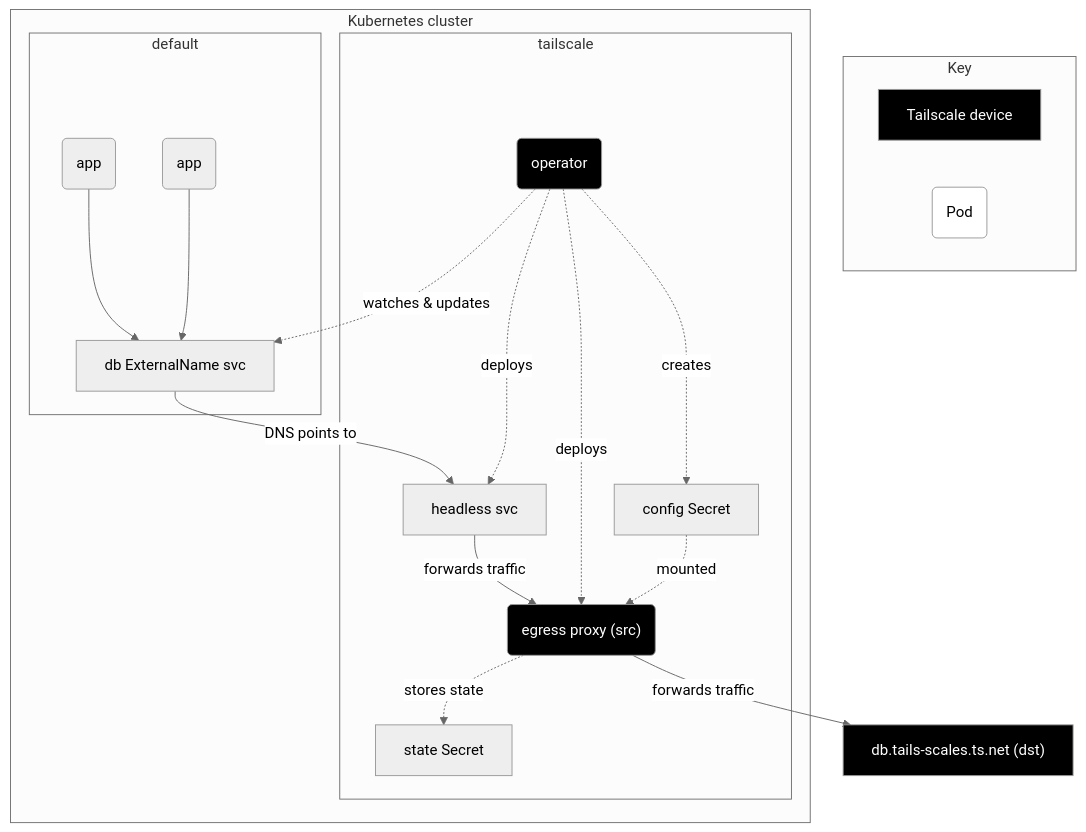
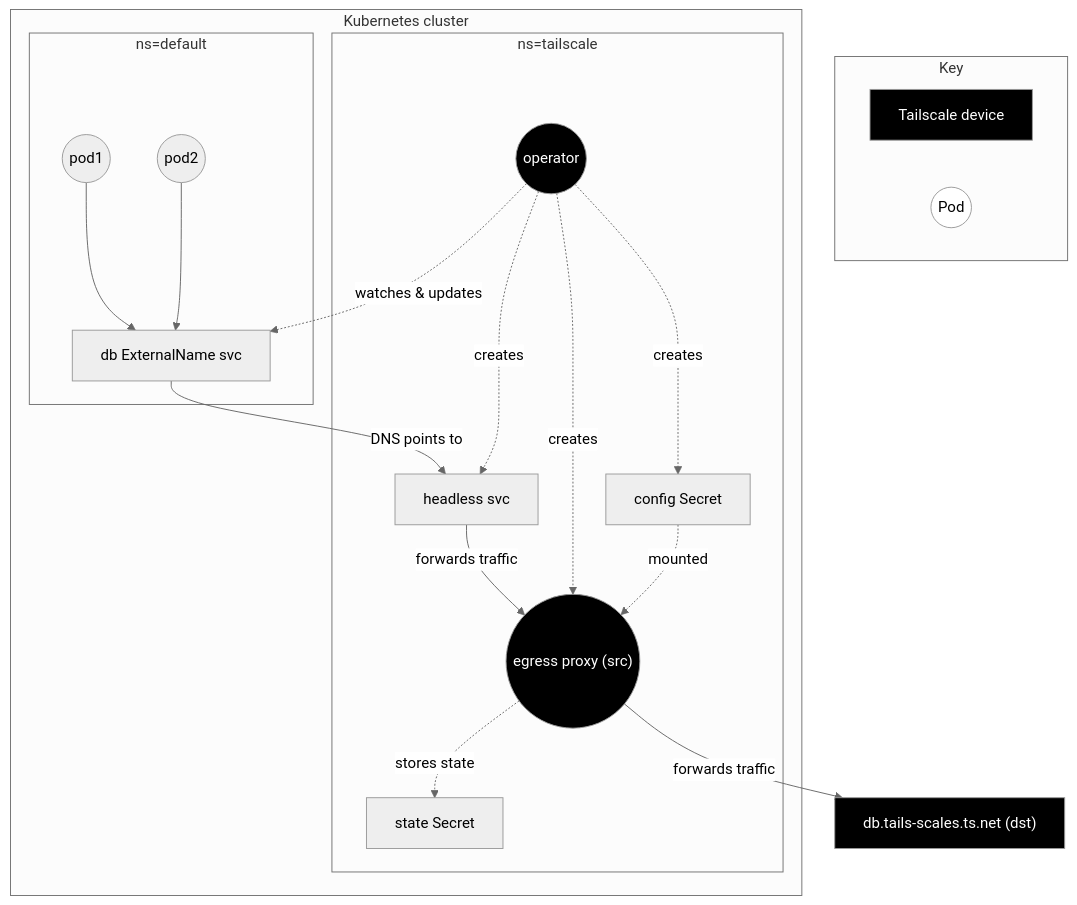
The third of 5 diagrams in docs/k8s/operator-architecture.md (tailscale/tailscale), drawn with Mermaid before and after one commit. The commit also changed other lines of this file, not shown here.

````diff
--- a/docs/k8s/operator-architecture.md
+++ b/docs/k8s/operator-architecture.md
@@ -110,39 +113,39 @@
 ```mermaid
 %%{ init: { 'theme':'neutral' } }%%
 
 flowchart TD
     classDef tsnode color:#fff,fill:#000;
     classDef pod fill:#fff;
 
     subgraph Key
         ts[Tailscale device]:::tsnode
-        pod(Pod):::pod
+        pod((Pod)):::pod
     end
 
     subgraph k8s[Kubernetes cluster]
-        subgraph tailscale-ns[tailscale]
-            operator(operator):::tsnode
-            egress("egress proxy (src)"):::tsnode
+        subgraph tailscale-ns[ns=tailscale]
+            operator((operator)):::tsnode
+            egress(("egress proxy (src)")):::tsnode
             headless-svc[headless svc]
             cfg-secret["config Secret"]
             state-secret["state Secret"]
         end
 
-        subgraph defaultns[default]
+        subgraph defaultns[ns=default]
             svc[db ExternalName svc]
-            app1(app) --> svc
-            app2(app) --> svc
+            pod1((pod1)) --> svc
+            pod2((pod2)) --> svc
         end
     end
     node["db.tails-scales.ts.net (dst)"]:::tsnode
     svc -->|DNS points to| headless-svc
     headless-svc -->|forwards traffic| egress
     egress -->|forwards traffic| node
-    operator -.->|deploys| egress
-    operator -.->|deploys| headless-svc
+    operator -.->|creates| egress
+    operator -.->|creates| headless-svc
     operator -.->|creates| cfg-secret
     operator -.->|watches & updates| svc
     cfg-secret -.->|mounted| egress
     egress -.->|stores state| state-secret
 
 ```
````
